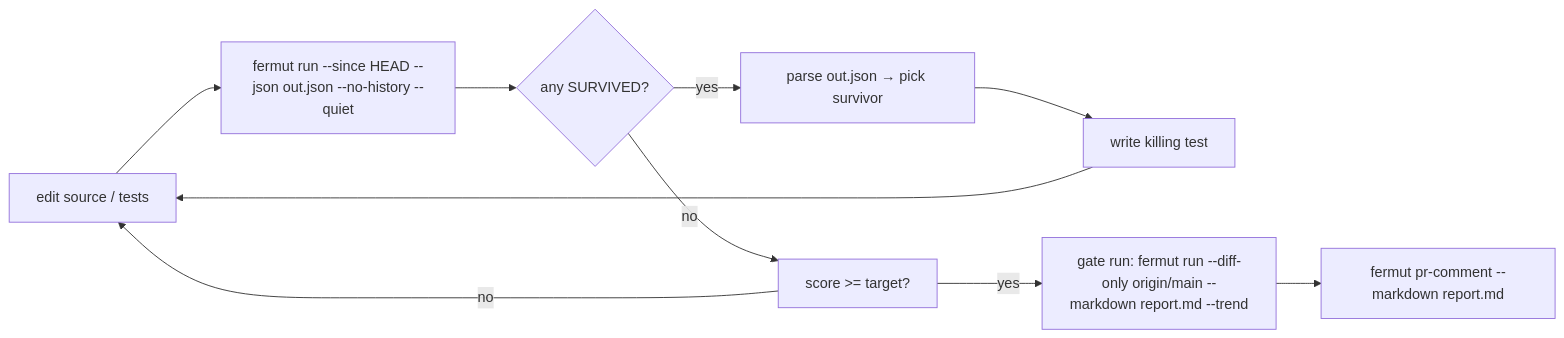
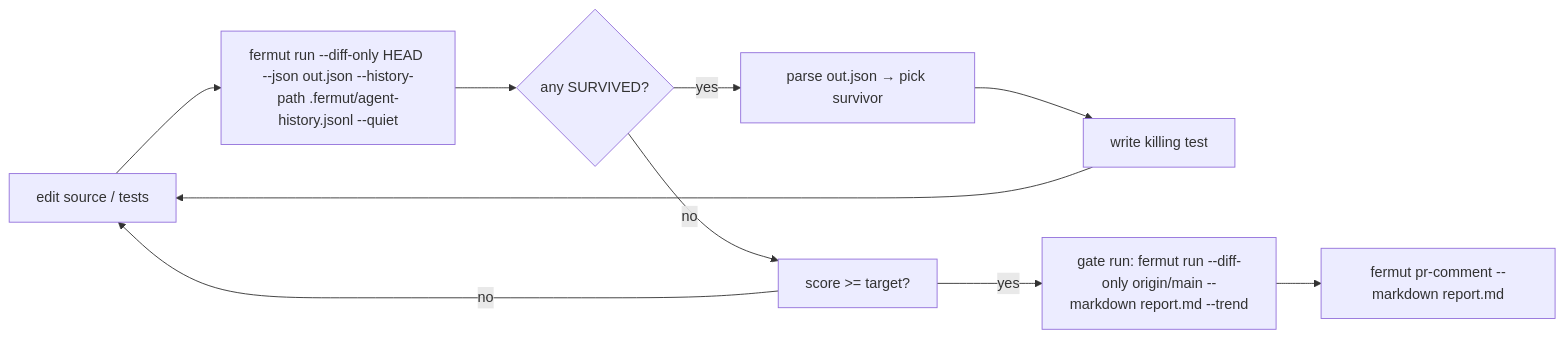
One commit to KovantAI/fermut changed the diagram in docs/guides/coding-agents.md. Above: the diagram before and after it, drawn with Mermaid. The commit also changed other lines of this file and 84 other files, not shown here.

````diff
--- a/docs/guides/coding-agents.md
+++ b/docs/guides/coding-agents.md
@@ -84,12 +92,12 @@
 ```mermaid
 flowchart LR
-    A[edit source / tests] --> B[fermut run --since HEAD --json out.json --no-history --quiet]
+    A[edit source / tests] --> B[fermut run --diff-only HEAD --json out.json --history-path .fermut/agent-history.jsonl --quiet]
     B --> C{any SURVIVED?}
     C -- yes --> F[parse out.json → pick survivor]
     F --> G[write killing test]
     G --> A
     C -- no --> D[score >= target?]
     D -- no --> A
     D -- yes --> E[gate run: fermut run --diff-only origin/main --markdown report.md --trend]
     E --> Z[fermut pr-comment --markdown report.md]
 ```
````
